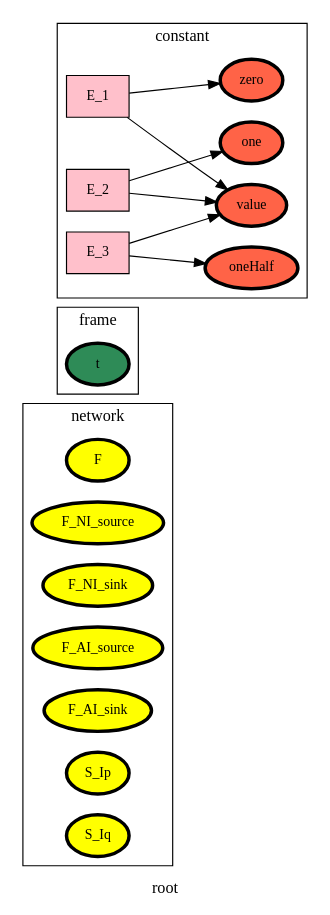
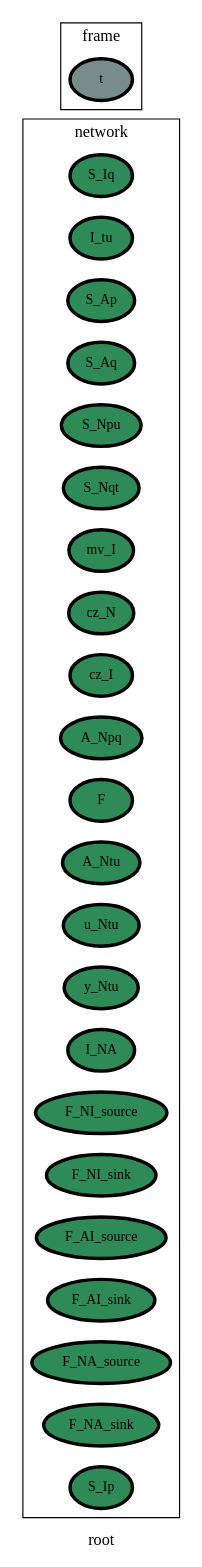
The diagram in ontology_graphs/graph__root.dot (heinz-preisig/processes_starter), drawn with Graphviz before and after one commit. The commit also changed 81 other files, not shown here.

```diff
--- a/ontology_graphs/graph__root.dot
+++ b/ontology_graphs/graph__root.dot
@@ -1,45 +1,47 @@
 digraph root {
 label=root;
 rankdir=LR;
 subgraph cluster_root___network {
 label=network;
 rankdir=LR;
-V_2 [fillcolor=yellow, fontsize=12, label=F, penwidth=3, style=filled];
-V_3 [fillcolor=yellow, fontsize=12, label=F_NI_source, penwidth=3, style=filled];
-V_4 [fillcolor=yellow, fontsize=12, label=F_NI_sink, penwidth=3, style=filled];
-V_5 [fillcolor=yellow, fontsize=12, label=F_AI_source, penwidth=3, style=filled];
-V_6 [fillcolor=yellow, fontsize=12, label=F_AI_sink, penwidth=3, style=filled];
-V_7 [fillcolor=yellow, fontsize=12, label=S_Ip, penwidth=3, style=filled];
-V_8 [fillcolor=yellow, fontsize=12, label=S_Iq, penwidth=3, style=filled];
+V_10 [fillcolor=seagreen, fontsize=12, label=S_Iq, penwidth=3, style=filled];
+V_11 [fillcolor=seagreen, fontsize=12, label=I_tu, penwidth=3, style=filled];
+V_12 [fillcolor=seagreen, fontsize=12, label=S_Ap, penwidth=3, style=filled];
+V_13 [fillcolor=seagreen, fontsize=12, label=S_Aq, penwidth=3, style=filled];
+V_14 [fillcolor=seagreen, fontsize=12, label=S_Npu, penwidth=3, style=filled];
+V_15 [fillcolor=seagreen, fontsize=12, label=S_Nqt, penwidth=3, style=filled];
+V_16 [fillcolor=seagreen, fontsize=12, label=mv_I, penwidth=3, style=filled];
+V_17 [fillcolor=seagreen, fontsize=12, label=cz_N, penwidth=3, style=filled];
+V_18 [fillcolor=seagreen, fontsize=12, label=cz_I, penwidth=3, style=filled];
+V_19 [fillcolor=seagreen, fontsize=12, label=A_Npq, penwidth=3, style=filled];
+V_2 [fillcolor=seagreen, fontsize=12, label=F, penwidth=3, style=filled];
+V_20 [fillcolor=seagreen, fontsize=12, label=A_Ntu, penwidth=3, style=filled];
+V_21 [fillcolor=seagreen, fontsize=12, label=u_Ntu, penwidth=3, style=filled];
+V_22 [fillcolor=seagreen, fontsize=12, label=y_Ntu, penwidth=3, style=filled];
+V_27 [fillcolor=seagreen, fontsize=12, label=I_NA, penwidth=3, style=filled];
+V_3 [fillcolor=seagreen, fontsize=12, label=F_NI_source, penwidth=3, style=filled];
+V_4 [fillcolor=seagreen, fontsize=12, label=F_NI_sink, penwidth=3, style=filled];
+V_5 [fillcolor=seagreen, fontsize=12, label=F_AI_source, penwidth=3, style=filled];
+V_6 [fillcolor=seagreen, fontsize=12, label=F_AI_sink, penwidth=3, style=filled];
+V_7 [fillcolor=seagreen, fontsize=12, label=F_NA_source, penwidth=3, style=filled];
+V_8 [fillcolor=seagreen, fontsize=12, label=F_NA_sink, penwidth=3, style=filled];
+V_9 [fillcolor=seagreen, fontsize=12, label=S_Ip, penwidth=3, style=filled];
 }
 
 subgraph cluster_root___frame {
 label=frame;
 rankdir=LR;
-V_1 [fillcolor=seagreen4, fontsize=12, label=t, penwidth=3, style=filled];
+V_1 [fillcolor=lightcyan4, fontsize=12, label=t, penwidth=3, style=filled];
 }
 
 subgraph cluster_root___state {
 label=state;
 rankdir=LR;
 }
 
-E_1 -> V_101  [splines=ortho];
-E_2 -> V_101  [splines=ortho];
-E_3 -> V_101  [splines=ortho];
 subgraph cluster_root___constant {
 label=constant;
 rankdir=LR;
-V_101 [fillcolor=tomato, fontsize=12, label=value, penwidth=3, style=filled];
-V_102 [fillcolor=tomato, fontsize=12, label=zero, penwidth=3, style=filled];
-V_103 [fillcolor=tomato, fontsize=12, label=one, penwidth=3, style=filled];
-V_104 [fillcolor=tomato, fontsize=12, label=oneHalf, penwidth=3, style=filled];
-E_1 [fillcolor=pink, fontsize=12, shape=box, style=filled];
-E_1 -> V_102  [splines=ortho];
-E_2 [fillcolor=pink, fontsize=12, shape=box, style=filled];
-E_2 -> V_103  [splines=ortho];
-E_3 [fillcolor=pink, fontsize=12, shape=box, style=filled];
-E_3 -> V_104  [splines=ortho];
 }
 
 }
```
